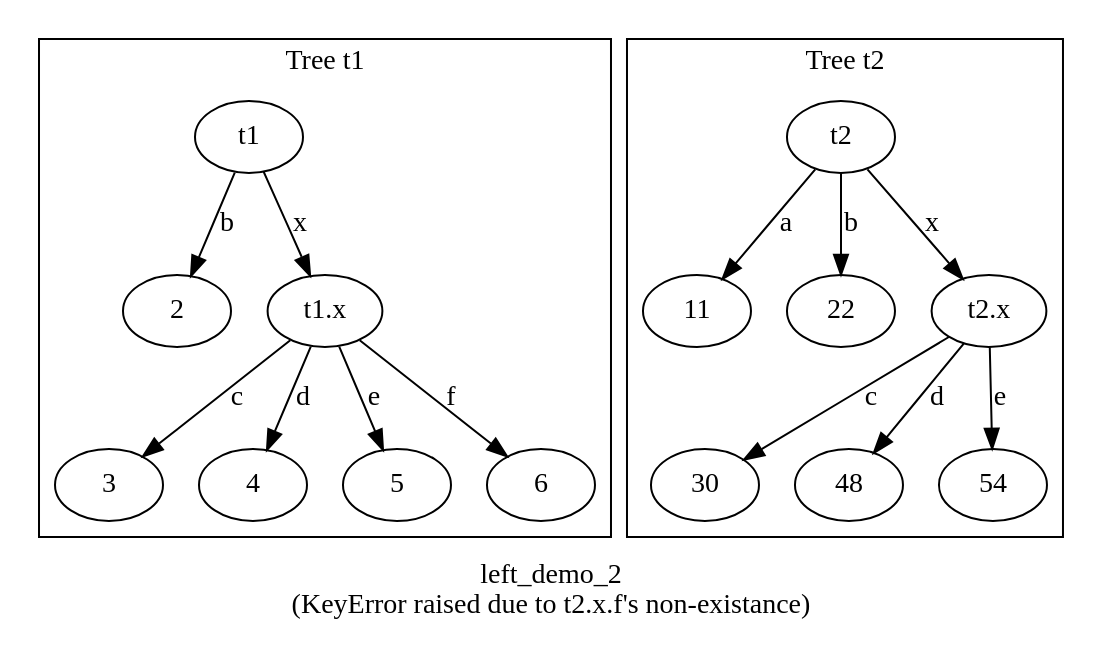
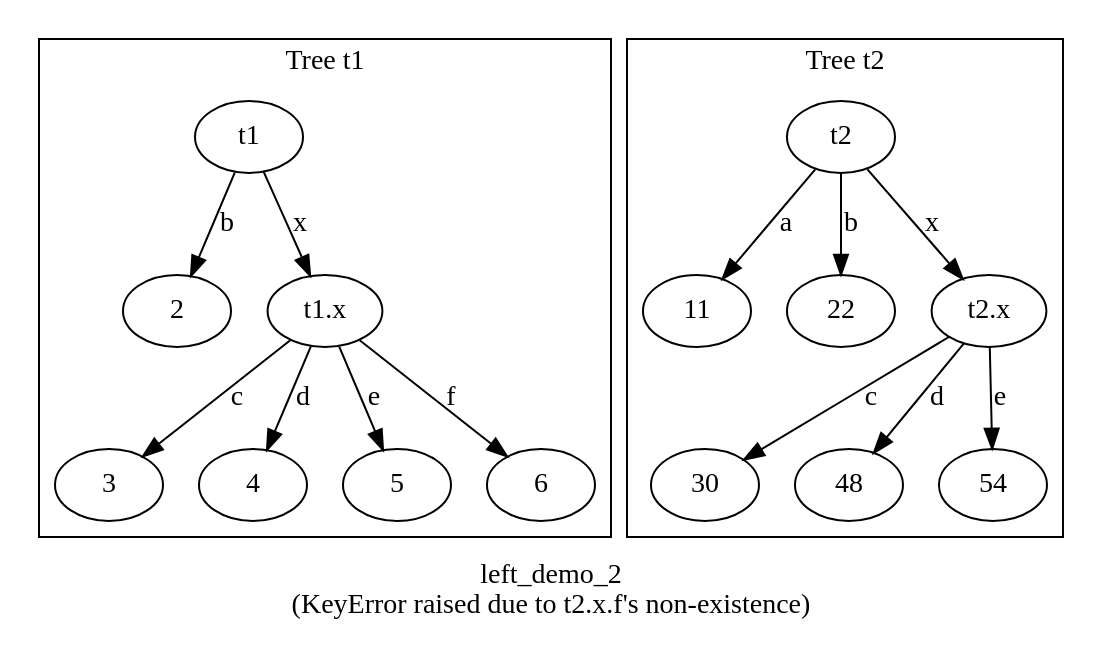
Before and after one commit to opendilab/treevalue: the diagram in docs/source/tutorials/advanced_usage/left_demo_2.gv, drawn with Graphviz. The commit also changed 4 other files, not shown here.

```diff
--- a/docs/source/tutorials/advanced_usage/left_demo_2.gv
+++ b/docs/source/tutorials/advanced_usage/left_demo_2.gv
@@ -1,40 +1,40 @@
 digraph {
-    label = "left_demo_2 \n(KeyError raised due to t2.x.f's non-existance)";
+    label = "left_demo_2 \n(KeyError raised due to t2.x.f's non-existence)";
     graph [bgcolor = "#ffffff00"];
 
     subgraph cluster_t1 {
     label = "Tree t1";
     t1 [label = t1];
     t1_b [label = 2];
     t1_x [label = "t1.x"];
     t1_x_c [label = 3];
     t1_x_d [label = 4];
     t1_x_e [label = 5];
     t1_x_f [label = 6];
 
     t1 -> t1_b [label = "b"];
     t1 -> t1_x [label = "x"];
     t1_x -> t1_x_c [label = "c"];
     t1_x -> t1_x_d [label = "d"];
     t1_x -> t1_x_e [label = "e"];
     t1_x -> t1_x_f [label = "f"];
     }
 
     subgraph cluster_t2 {
     label = "Tree t2";
     t2 [label = t2];
     t2_a [label = 11];
     t2_b [label = 22];
     t2_x [label = "t2.x"];
     t2_x_c [label = 30];
     t2_x_d [label = 48];
     t2_x_e [label = 54];
 
     t2 -> t2_a [label = "a"];
     t2 -> t2_b [label = "b"];
     t2 -> t2_x [label = "x"];
     t2_x -> t2_x_c [label = "c"];
     t2_x -> t2_x_d [label = "d"];
     t2_x -> t2_x_e [label = "e"];
     }
 }
```
